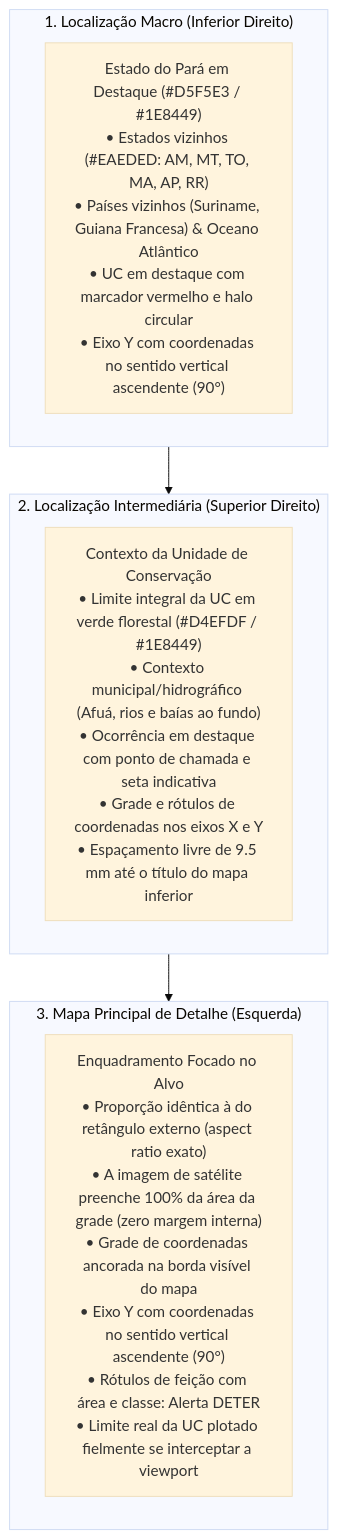
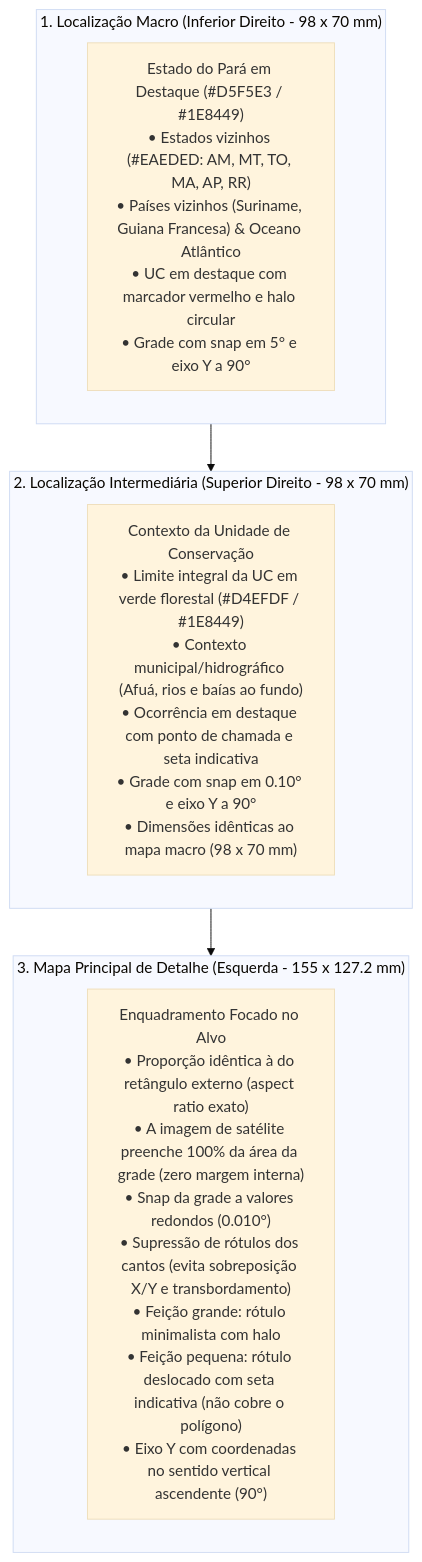
Before and after one commit to NGEO-IDEFLOR-Bio/restaura-pes-charapucu: the diagram in .agents/skills/qgis-layout-engine/SKILL.md, drawn with Mermaid (base theme). The commit also changed other lines of this file and 3 other files, not shown here.

Commit message:
fix(cartografia): travar snap da grade, suprimir cantos, rotulos minimalistas com seta e mapas de localizacao idênticos (98x70mm)

````diff
--- a/.agents/skills/qgis-layout-engine/SKILL.md
+++ b/.agents/skills/qgis-layout-engine/SKILL.md
@@ -24,17 +24,17 @@
 ```mermaid
 flowchart TD
-    subgraph MACRO["1. Localização Macro (Inferior Direito)"]
-        M1["Estado do Pará em Destaque (#D5F5E3 / #1E8449)<br/>• Estados vizinhos (#EAEDED: AM, MT, TO, MA, AP, RR)<br/>• Países vizinhos (Suriname, Guiana Francesa) & Oceano Atlântico<br/>• UC em destaque com marcador vermelho e halo circular<br/>• Eixo Y com coordenadas no sentido vertical ascendente (90°)"]
+    subgraph MACRO["1. Localização Macro (Inferior Direito - 98 x 70 mm)"]
+        M1["Estado do Pará em Destaque (#D5F5E3 / #1E8449)<br/>• Estados vizinhos (#EAEDED: AM, MT, TO, MA, AP, RR)<br/>• Países vizinhos (Suriname, Guiana Francesa) & Oceano Atlântico<br/>• UC em destaque com marcador vermelho e halo circular<br/>• Grade com snap em 5° e eixo Y a 90°"]
     end
 
-    subgraph INTERMEDIARIO["2. Localização Intermediária (Superior Direito)"]
-        I1["Contexto da Unidade de Conservação<br/>• Limite integral da UC em verde florestal (#D4EFDF / #1E8449)<br/>• Contexto municipal/hidrográfico (Afuá, rios e baías ao fundo)<br/>• Ocorrência em destaque com ponto de chamada e seta indicativa<br/>• Grade e rótulos de coordenadas nos eixos X e Y<br/>• Espaçamento livre de 9.5 mm até o título do mapa inferior"]
+    subgraph INTERMEDIARIO["2. Localização Intermediária (Superior Direito - 98 x 70 mm)"]
+        I1["Contexto da Unidade de Conservação<br/>• Limite integral da UC em verde florestal (#D4EFDF / #1E8449)<br/>• Contexto municipal/hidrográfico (Afuá, rios e baías ao fundo)<br/>• Ocorrência em destaque com ponto de chamada e seta indicativa<br/>• Grade com snap em 0.10° e eixo Y a 90°<br/>• Dimensões idênticas ao mapa macro (98 x 70 mm)"]
     end
 
-    subgraph DETALHE["3. Mapa Principal de Detalhe (Esquerda)"]
-        D1["Enquadramento Focado no Alvo<br/>• Proporção idêntica à do retângulo externo (aspect ratio exato)<br/>• A imagem de satélite preenche 100% da área da grade (zero margem interna)<br/>• Grade de coordenadas ancorada na borda visível do mapa<br/>• Eixo Y com coordenadas no sentido vertical ascendente (90°)<br/>• Rótulos de feição com área e classe: Alerta DETER<br/>• Limite real da UC plotado fielmente se interceptar a viewport"]
+    subgraph DETALHE["3. Mapa Principal de Detalhe (Esquerda - 155 x 127.2 mm)"]
+        D1["Enquadramento Focado no Alvo<br/>• Proporção idêntica à do retângulo externo (aspect ratio exato)<br/>• A imagem de satélite preenche 100% da área da grade (zero margem interna)<br/>• Snap da grade a valores redondos (0.010°)<br/>• Supressão de rótulos dos cantos (evita sobreposição X/Y e transbordamento)<br/>• Feição grande: rótulo minimalista com halo<br/>• Feição pequena: rótulo deslocado com seta indicativa (não cobre o polígono)<br/>• Eixo Y com coordenadas no sentido vertical ascendente (90°)"]
     end
 
     MACRO --> INTERMEDIARIO
     INTERMEDIARIO --> DETALHE
 ```
````
